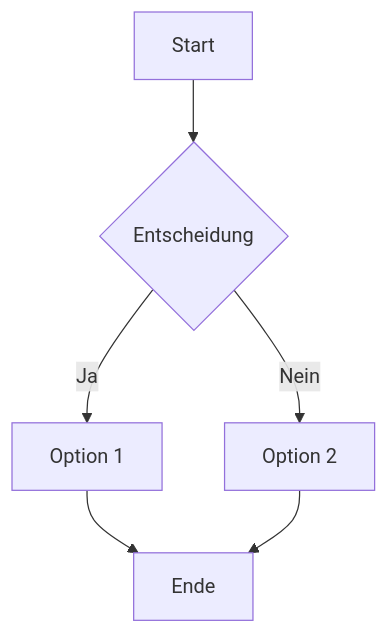
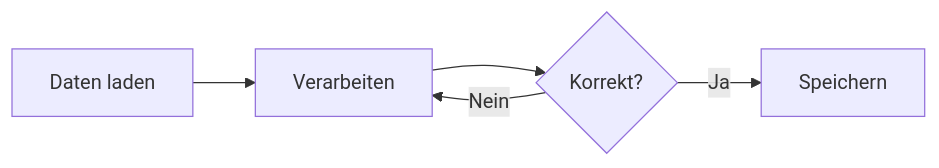
The diagram in src/features/pad/pad-editor/howto.md (ValentinKolb/homepage), drawn with Mermaid before and after one commit. The commit also changed other lines of this file and 651 other files, not shown here.

````diff
--- a/src/features/pad/pad-editor/howto.md
+++ b/src/features/pad/pad-editor/howto.md
@@ -120,8 +105,7 @@
 ```mermaid
-graph TD
-    A[Start] --> B{Entscheidung}
-    B -->|Ja| C[Option 1]
-    B -->|Nein| D[Option 2]
-    C --> E[Ende]
-    D --> E
+graph LR
+    A[Daten laden] --> B[Verarbeiten]
+    B --> C{Korrekt?}
+    C -->|Ja| D[Speichern]
+    C -->|Nein| B
 ```
````
